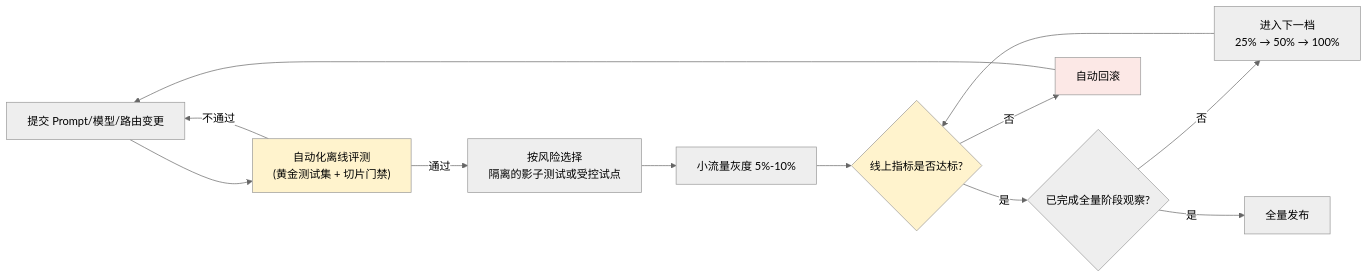
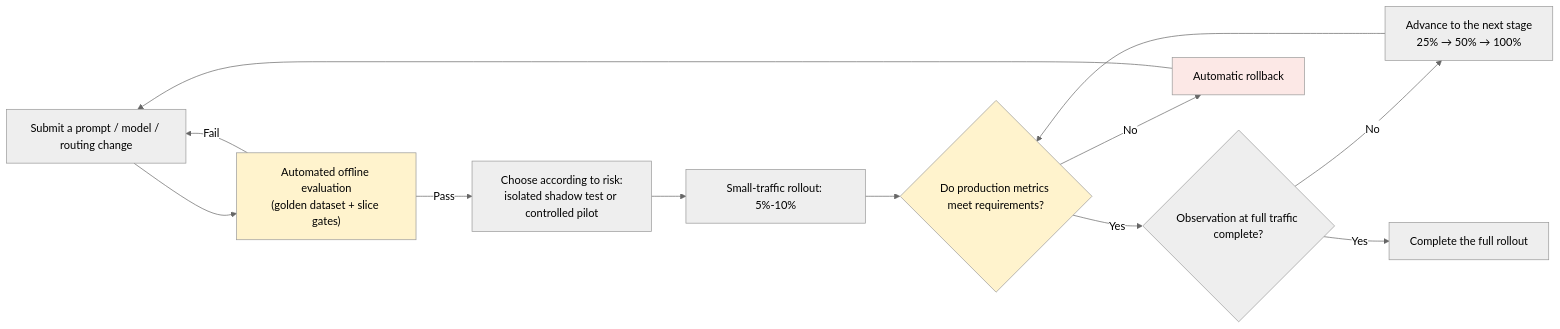
The diagram in docs/engineering/05-release-pipeline/10-llm-cicd-canary-ab.md (oneleaveknowsthefall/awesome-ai-roadmap), drawn with Mermaid (neutral theme) before and after one commit. The commit also changed other lines of this file and 82 other files, not shown here.

````diff
--- a/docs/engineering/05-release-pipeline/10-llm-cicd-canary-ab.md
+++ b/docs/engineering/05-release-pipeline/10-llm-cicd-canary-ab.md
@@ -11,18 +11,18 @@
 ```mermaid
 flowchart LR
-    A["提交 Prompt/模型/路由变更"] --> B["自动化离线评测<br/>(黄金测试集 + 切片门禁)"]
-    B -->|不通过| A
-    B -->|通过| C["按风险选择<br/>隔离的影子测试或受控试点"]
-    C --> D["小流量灰度 5%-10%"]
-    D --> E{"线上指标是否达标?"}
-    E -->|是| F{"已完成全量阶段观察?"}
-    E -->|否| G["自动回滚"]
-    F -->|否| NEXT["进入下一档<br/>25% → 50% → 100%"]
+    A["Submit a prompt / model / routing change"] --> B["Automated offline evaluation<br/>(golden dataset + slice gates)"]
+    B -->|Fail| A
+    B -->|Pass| C["Choose according to risk:<br/>isolated shadow test or controlled pilot"]
+    C --> D["Small-traffic rollout: 5%-10%"]
+    D --> E{"Do production metrics meet requirements?"}
+    E -->|Yes| F{"Observation at full traffic complete?"}
+    E -->|No| G["Automatic rollback"]
+    F -->|No| NEXT["Advance to the next stage<br/>25% → 50% → 100%"]
     NEXT --> E
-    F -->|是| H["全量发布"]
+    F -->|Yes| H["Complete the full rollout"]
     G --> A
 
     style B fill:#fff3cd
     style E fill:#fff3cd
     style G fill:#fce8e6
 ```
````
